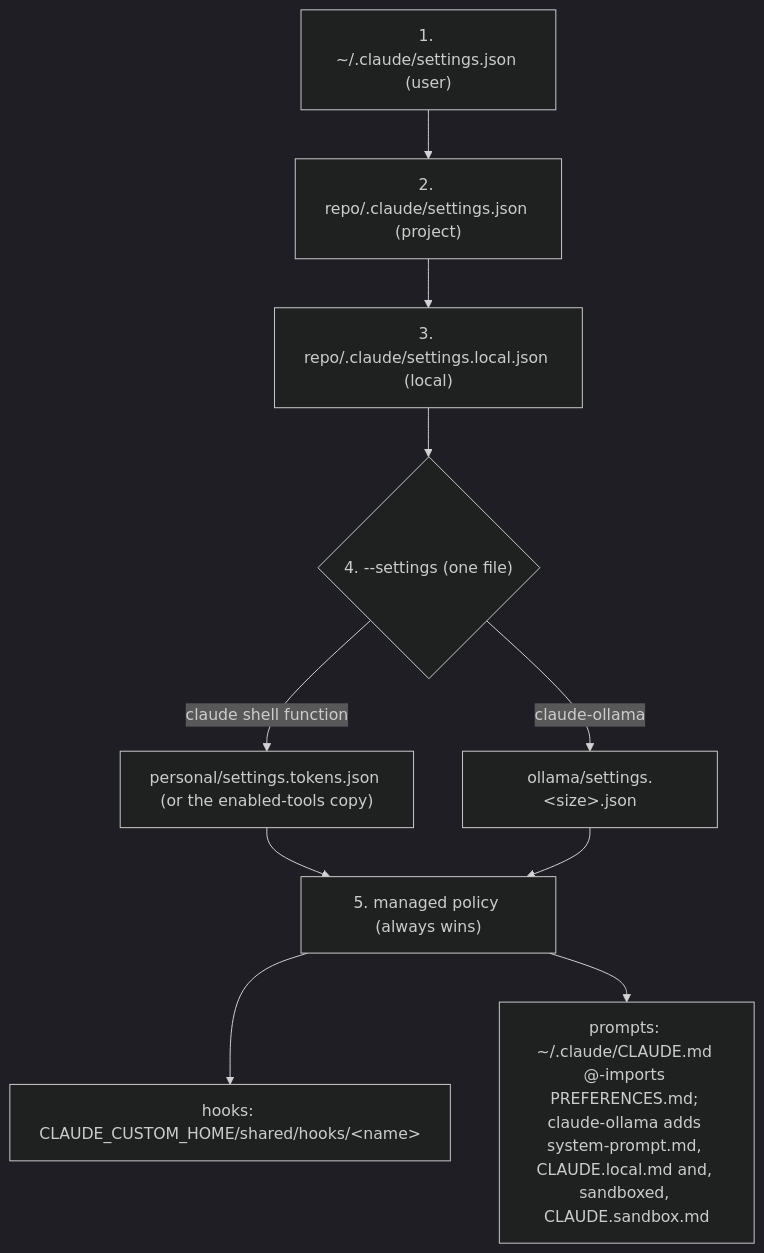
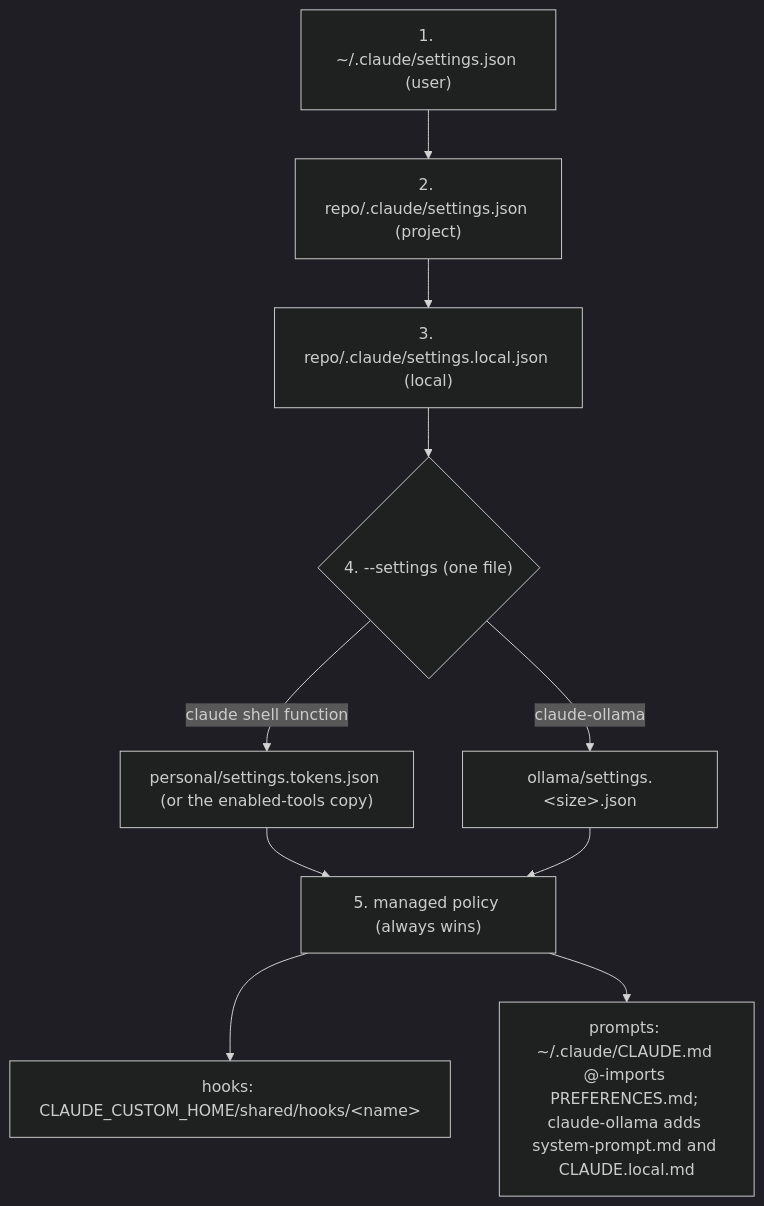
The diagram in docs/layers.md (jorden-parker/claude-custom), drawn with Mermaid (dark theme) before and after one commit. The commit also changed other lines of this file and 4 other files, not shown here.

````diff
--- a/docs/layers.md
+++ b/docs/layers.md
@@ -3,12 +3,12 @@
 ```mermaid
 flowchart TB
   user["1. ~/.claude/settings.json (user)"] --> project["2. repo/.claude/settings.json (project)"]
   project --> local["3. repo/.claude/settings.local.json (local)"]
   local --> cli{"4. --settings (one file)"}
   cli -->|claude shell function| personal["personal/settings.tokens.json (or the enabled-tools copy)"]
   cli -->|claude-ollama| profile["ollama/settings.&lt;size&gt;.json"]
   personal --> policy["5. managed policy (always wins)"]
   profile --> policy
   policy --> hooks["hooks: CLAUDE_CUSTOM_HOME/shared/hooks/&lt;name&gt;"]
-  policy --> prompt["prompts: ~/.claude/CLAUDE.md @-imports PREFERENCES.md; claude-ollama adds system-prompt.md, CLAUDE.local.md and, sandboxed, CLAUDE.sandbox.md"]
+  policy --> prompt["prompts: ~/.claude/CLAUDE.md @-imports PREFERENCES.md; claude-ollama adds system-prompt.md and CLAUDE.local.md"]
 ```
````
